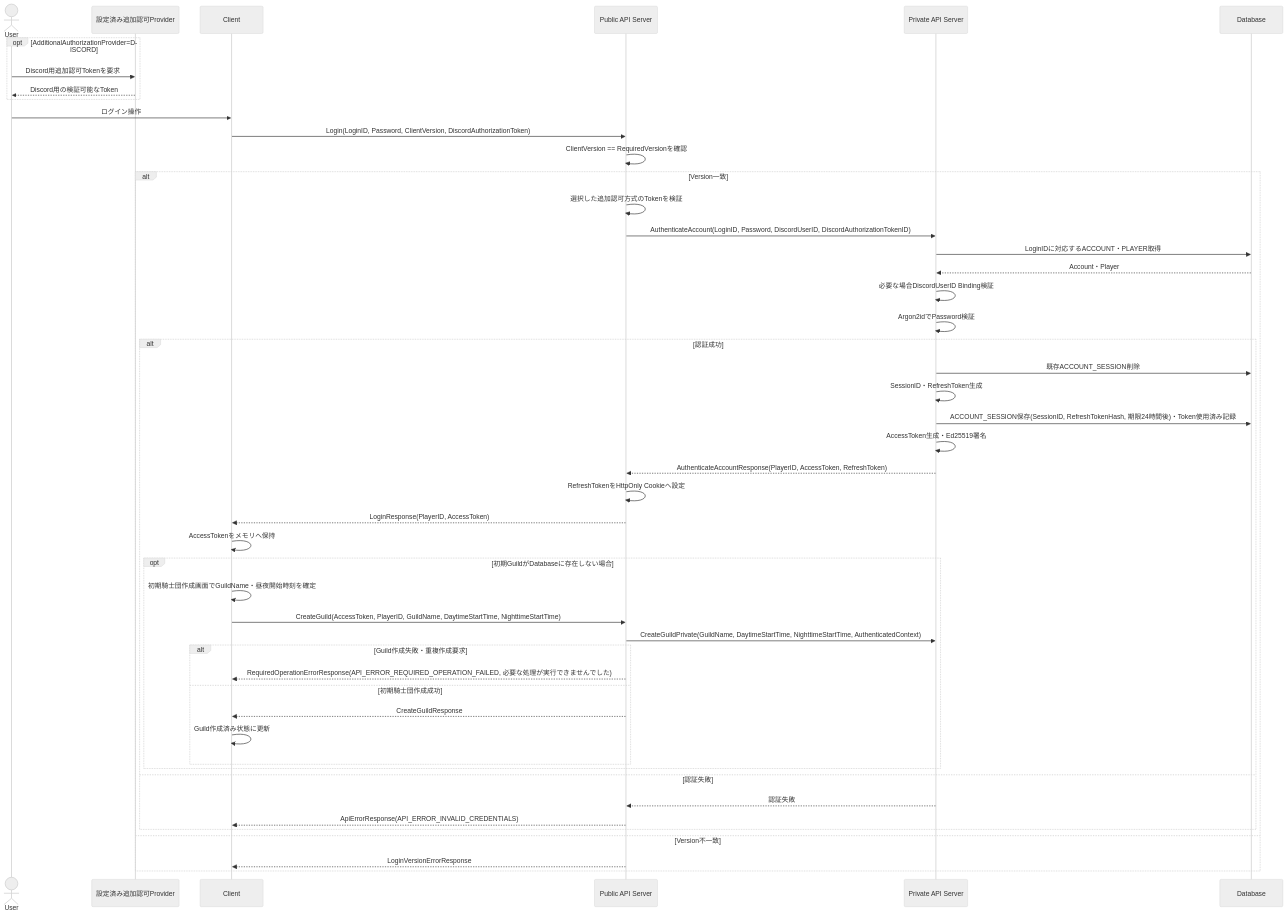
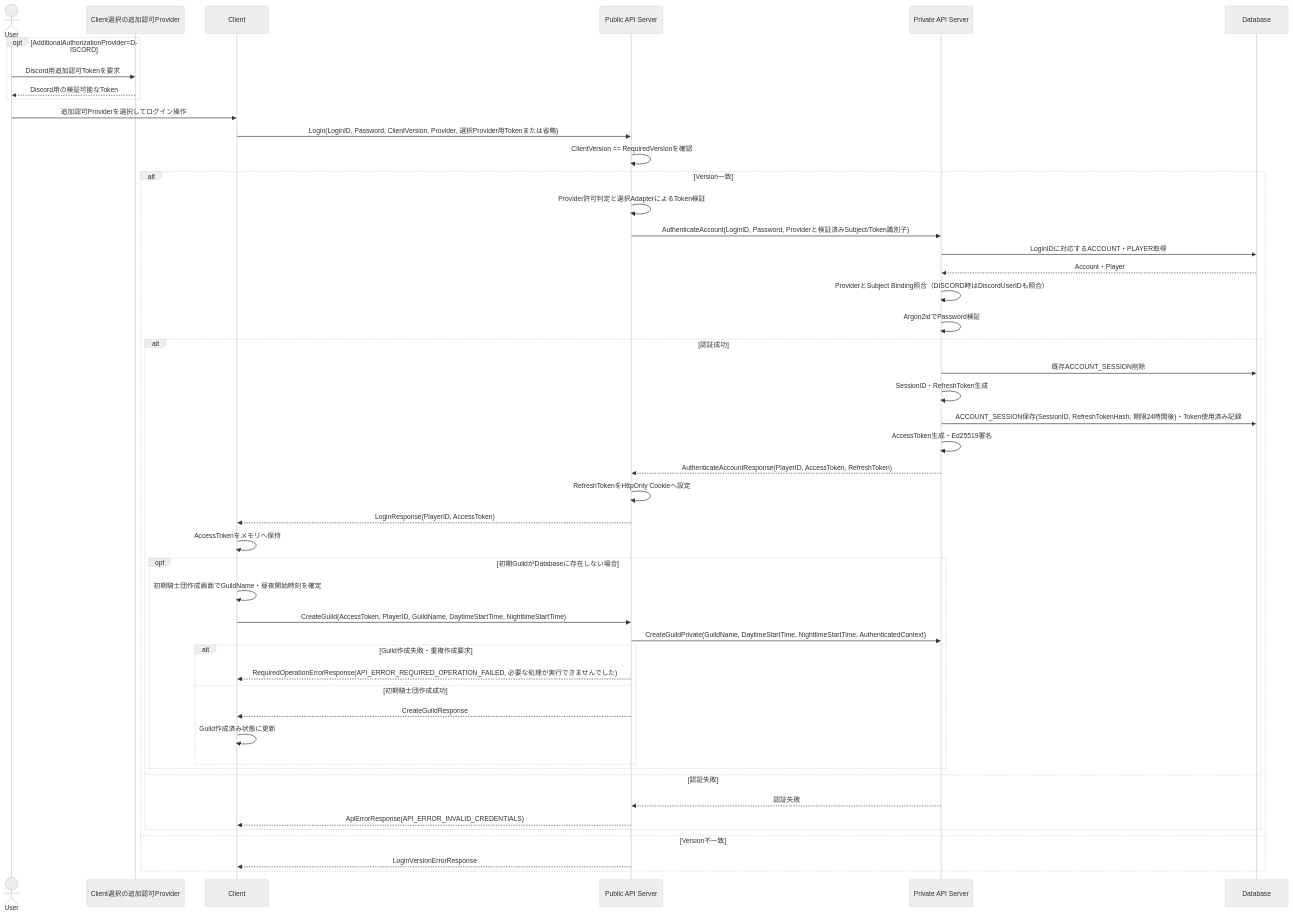
Before and after one commit to ReHydrangeaOdyssey/Specifications: the second of 4 diagrams in design/server/session.md, drawn with Mermaid (neutral theme). The commit also changed other lines of this file and 14 other files, not shown here.

````diff
--- a/design/server/session.md
+++ b/design/server/session.md
@@ -192,54 +192,54 @@
 ```mermaid
 sequenceDiagram
     actor User
-    participant AuthProvider as 設定済み追加認可Provider
+    participant AuthProvider as Client選択の追加認可Provider
     participant Client
     participant PublicAPIServer as Public API Server
     participant PrivateAPIServer as Private API Server
     participant Database
 
     opt AdditionalAuthorizationProvider=DISCORD
         User->>AuthProvider: Discord用追加認可Tokenを要求
         AuthProvider-->>User: Discord用の検証可能なToken
     end
 
-    User->>Client: ログイン操作
-    Client->>PublicAPIServer: Login(LoginID, Password, ClientVersion, DiscordAuthorizationToken)
+    User->>Client: 追加認可Providerを選択してログイン操作
+    Client->>PublicAPIServer: Login(LoginID, Password, ClientVersion, Provider, 選択Provider用Tokenまたは省略)
     PublicAPIServer->>PublicAPIServer: ClientVersion == RequiredVersionを確認
 
     alt Version一致
-        PublicAPIServer->>PublicAPIServer: 選択した追加認可方式のTokenを検証
-        PublicAPIServer->>PrivateAPIServer: AuthenticateAccount(LoginID, Password, DiscordUserID, DiscordAuthorizationTokenID)
+        PublicAPIServer->>PublicAPIServer: Provider許可判定と選択AdapterによるToken検証
+        PublicAPIServer->>PrivateAPIServer: AuthenticateAccount(LoginID, Password, Providerと検証済みSubject/Token識別子)
         PrivateAPIServer->>Database: LoginIDに対応するACCOUNT・PLAYER取得
         Database-->>PrivateAPIServer: Account・Player
-        PrivateAPIServer->>PrivateAPIServer: 必要な場合DiscordUserID Binding検証
+        PrivateAPIServer->>PrivateAPIServer: ProviderとSubject Binding照合（DISCORD時はDiscordUserIDも照合）
         PrivateAPIServer->>PrivateAPIServer: Argon2idでPassword検証
 
         alt 認証成功
             PrivateAPIServer->>Database: 既存ACCOUNT_SESSION削除
             PrivateAPIServer->>PrivateAPIServer: SessionID・RefreshToken生成
             PrivateAPIServer->>Database: ACCOUNT_SESSION保存(SessionID, RefreshTokenHash, 期限24時間後)・Token使用済み記録
             PrivateAPIServer->>PrivateAPIServer: AccessToken生成・Ed25519署名
             PrivateAPIServer-->>PublicAPIServer: AuthenticateAccountResponse(PlayerID, AccessToken, RefreshToken)
             PublicAPIServer->>PublicAPIServer: RefreshTokenをHttpOnly Cookieへ設定
             PublicAPIServer-->>Client: LoginResponse(PlayerID, AccessToken)
             Client->>Client: AccessTokenをメモリへ保持
             opt 初期GuildがDatabaseに存在しない場合
                 Client->>Client: 初期騎士団作成画面でGuildName・昼夜開始時刻を確定
                 Client->>PublicAPIServer: CreateGuild(AccessToken, PlayerID, GuildName, DaytimeStartTime, NighttimeStartTime)
                 PublicAPIServer->>PrivateAPIServer: CreateGuildPrivate(GuildName, DaytimeStartTime, NighttimeStartTime, AuthenticatedContext)
                 alt Guild作成失敗・重複作成要求
                     PublicAPIServer-->>Client: RequiredOperationErrorResponse(API_ERROR_REQUIRED_OPERATION_FAILED, 必要な処理が実行できませんでした)
                 else 初期騎士団作成成功
                     PublicAPIServer-->>Client: CreateGuildResponse
                     Client->>Client: Guild作成済み状態に更新
                 end
             end
         else 認証失敗
             PrivateAPIServer-->>PublicAPIServer: 認証失敗
             PublicAPIServer-->>Client: ApiErrorResponse(API_ERROR_INVALID_CREDENTIALS)
         end
     else Version不一致
         PublicAPIServer-->>Client: LoginVersionErrorResponse
     end
 ```
````
